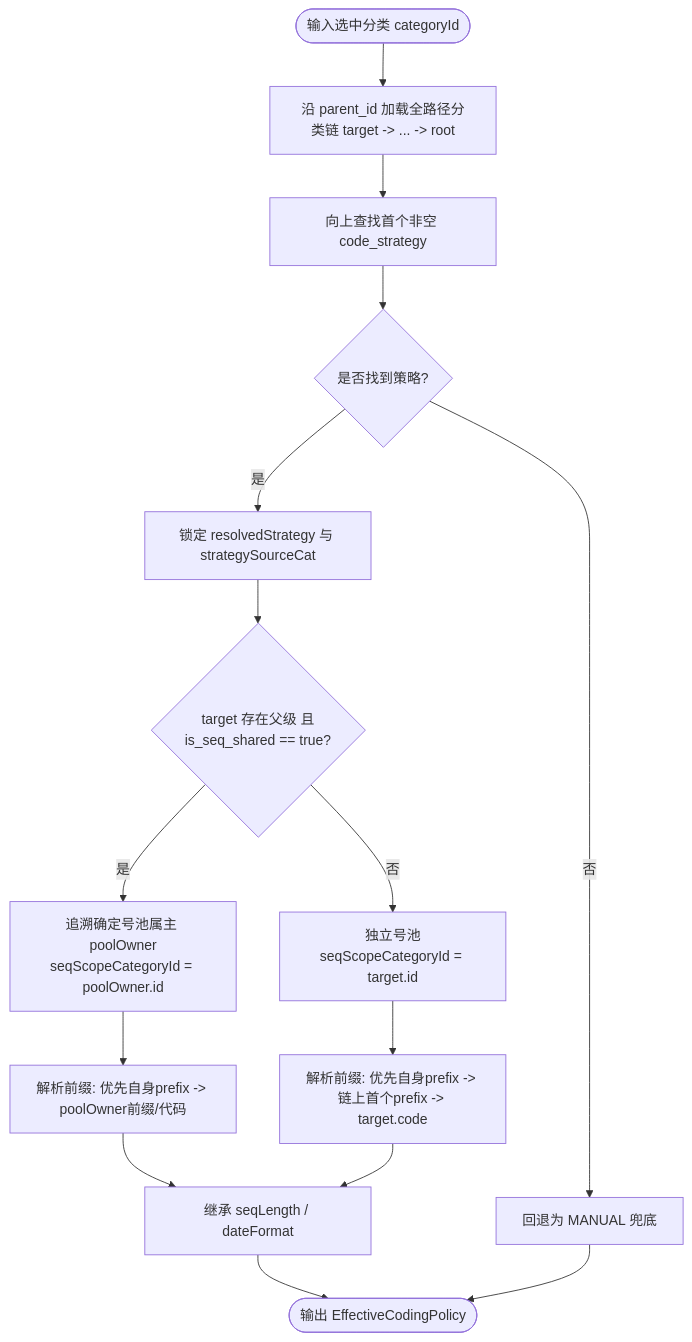
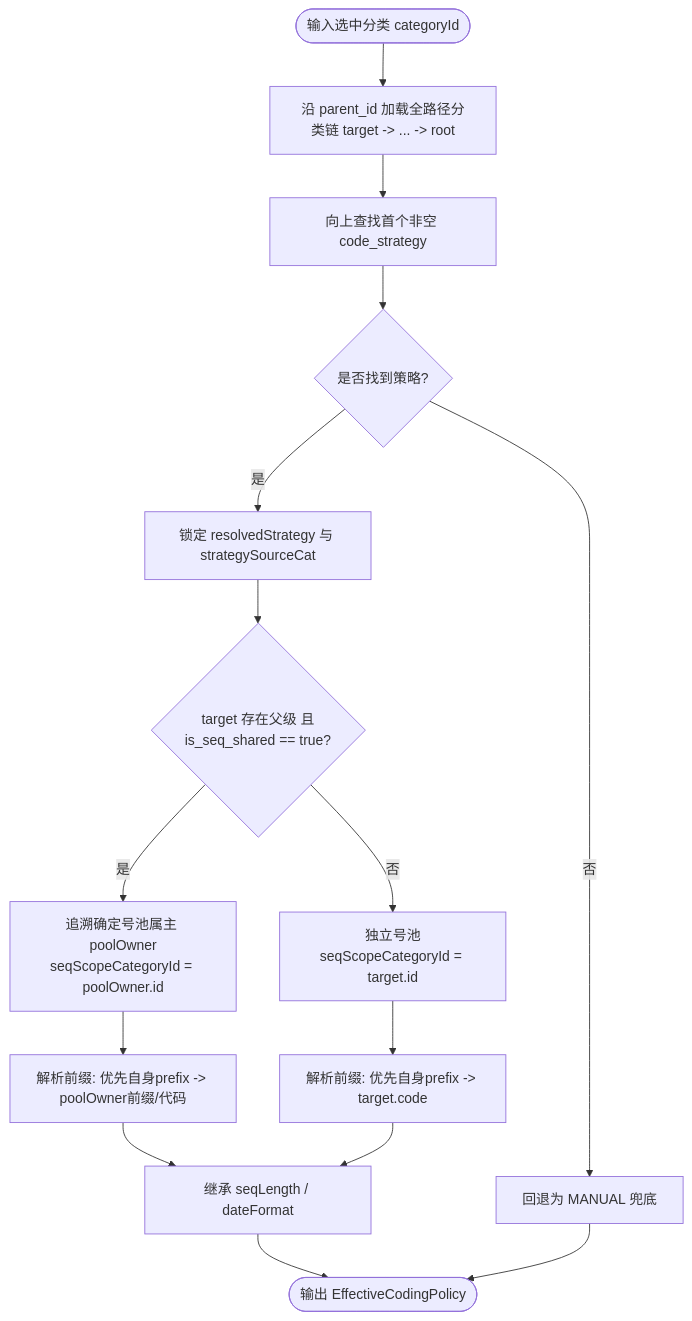
One commit to Micron818/lychee-doc changed the diagram in system_design/backend/chartExp/mm-refactor-v2/01-策略分析与选型.md. Above: the diagram before and after it, drawn with Mermaid. The commit also changed other lines of this file and 3 other files, not shown here.

Commit message:
refactor: refine material coding strategy and sequence management; enhance documentation and schema design for improved clarity and operational integrity

````diff
--- a/system_design/backend/chartExp/mm-refactor-v2/01-策略分析与选型.md
+++ b/system_design/backend/chartExp/mm-refactor-v2/01-策略分析与选型.md
@@ -111,20 +111,20 @@
 ```mermaid
 flowchart TD
     Start([输入选中分类 categoryId]) --> LoadChain[沿 parent_id 加载全路径分类链 target -> ... -> root]
     LoadChain --> ResolveStrategy[向上查找首个非空 code_strategy]
     ResolveStrategy --> HasStrategy{是否找到策略?}
     HasStrategy -- 是 --> SetStrategy[锁定 resolvedStrategy 与 strategySourceCat]
     HasStrategy -- 否 --> DefaultStrategy[回退为 MANUAL 兜底]
     
     SetStrategy --> CheckShared{target 存在父级 且<br/>is_seq_shared == true?}
     CheckShared -- 是 --> FindPoolOwner[追溯确定号池属主 poolOwner<br/>seqScopeCategoryId = poolOwner.id]
     CheckShared -- 否 --> SelfPool[独立号池<br/>seqScopeCategoryId = target.id]
     
     FindPoolOwner --> ResolveParams[解析前缀: 优先自身prefix -> poolOwner前缀/代码]
-    SelfPool --> ResolveParamsSelf[解析前缀: 优先自身prefix -> 链上首个prefix -> target.code]
+    SelfPool --> ResolveParamsSelf[解析前缀: 优先自身prefix -> target.code]
     
     ResolveParams --> ResolveOther[继承 seqLength / dateFormat]
     ResolveParamsSelf --> ResolveOther
     ResolveOther --> BuildResult([输出 EffectiveCodingPolicy])
     DefaultStrategy --> BuildResult
 ```
````
